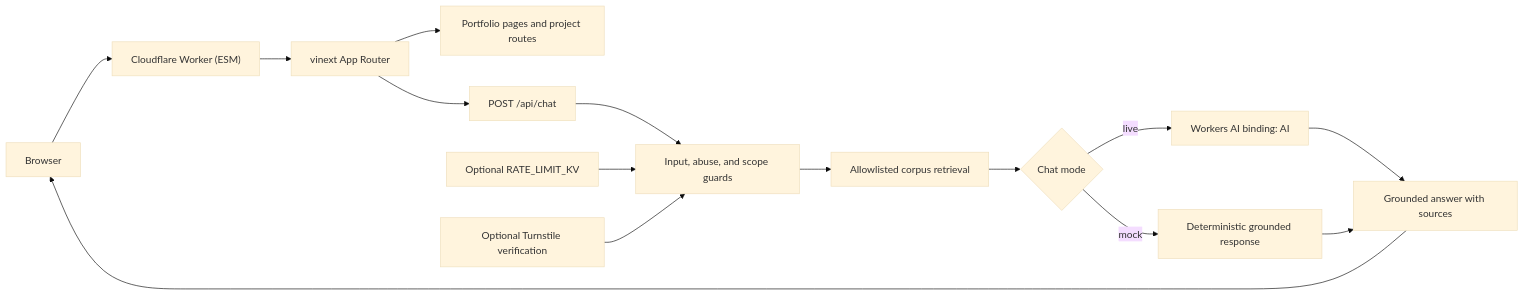
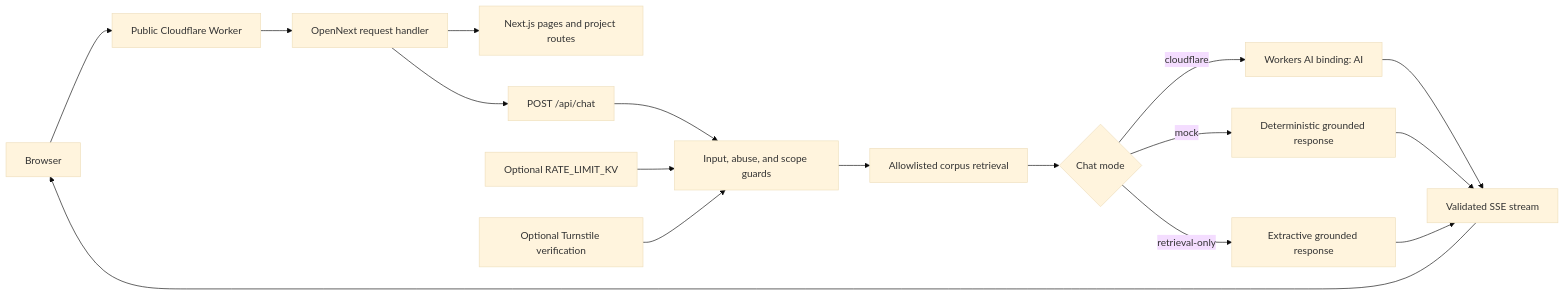
One commit to pxnkit/pankit-agent-systems changed the first of 2 diagrams in docs/architecture.md. Above: the diagram before and after it, drawn with Mermaid (base theme). The commit also changed other lines of this file and 78 other files, not shown here.

Commit message:
Ship grounded agent systems portfolio

````diff
--- a/docs/architecture.md
+++ b/docs/architecture.md
@@ -31,17 +30,19 @@
 ```mermaid
 flowchart LR
-    B["Browser"] --> W["Cloudflare Worker (ESM)"]
-    W --> V["vinext App Router"]
-    V --> P["Portfolio pages and project routes"]
-    V --> C["POST /api/chat"]
+    B["Browser"] --> W["Public Cloudflare Worker"]
+    W --> O["OpenNext request handler"]
+    O --> P["Next.js pages and project routes"]
+    O --> C["POST /api/chat"]
     C --> G["Input, abuse, and scope guards"]
     G --> R["Allowlisted corpus retrieval"]
     R --> M{"Chat mode"}
     M -->|"mock"| D["Deterministic grounded response"]
-    M -->|"live"| A["Workers AI binding: AI"]
-    A --> O["Grounded answer with sources"]
-    D --> O
-    O --> B
+    M -->|"retrieval-only"| F["Extractive grounded response"]
+    M -->|"cloudflare"| A["Workers AI binding: AI"]
+    A --> S["Validated SSE stream"]
+    D --> S
+    F --> S
+    S --> B
     K["Optional RATE_LIMIT_KV"] --> G
     T["Optional Turnstile verification"] --> G
 ```
````
